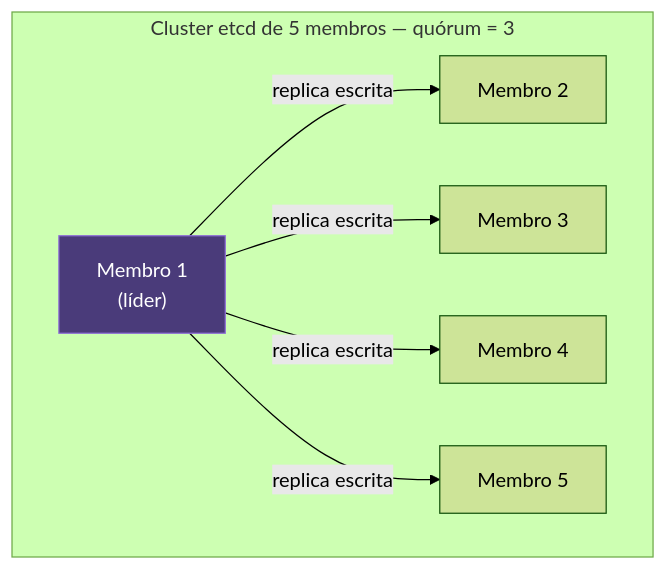
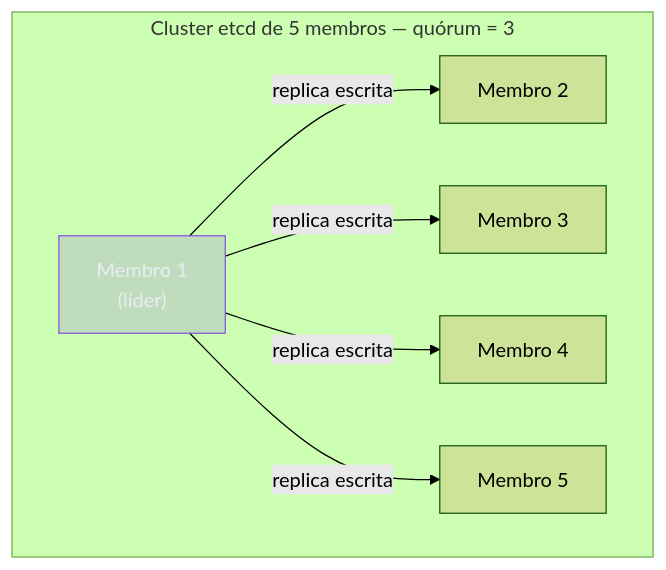
Before and after one commit to josenaldo/codex-technomanticus: the first of 4 diagrams in 03-Dominios/Tecnologia/Infraestrutura/Kubernetes/16 - O control plane por dentro.md, drawn with Mermaid (forest theme). The commit also changed other lines of this file and 1181 other files, not shown here.

First line of the commit message:
fix(diagramas): paleta do sistema no lugar de cor cravada no markdown

````diff
--- a/03-Dominios/Tecnologia/Infraestrutura/Kubernetes/16 - O control plane por dentro.md
+++ b/03-Dominios/Tecnologia/Infraestrutura/Kubernetes/16 - O control plane por dentro.md
@@ -31,17 +31,18 @@
 ```mermaid
 graph TB
+    classDef marca fill:#8855DF33,stroke:#8855DF,color:#E9ECF2
     subgraph "Cluster etcd de 5 membros — quórum = 3"
         M1["Membro 1<br/>(líder)"]
         M2["Membro 2"]
         M3["Membro 3"]
         M4["Membro 4"]
         M5["Membro 5"]
     end
 
     M1 -->|"replica escrita"| M2
     M1 -->|"replica escrita"| M3
     M1 -->|"replica escrita"| M4
     M1 -->|"replica escrita"| M5
 
-    style M1 fill:#4a3b7a,stroke:#8e6fd6,color:#fff
+    class M1 marca
 ```
````
